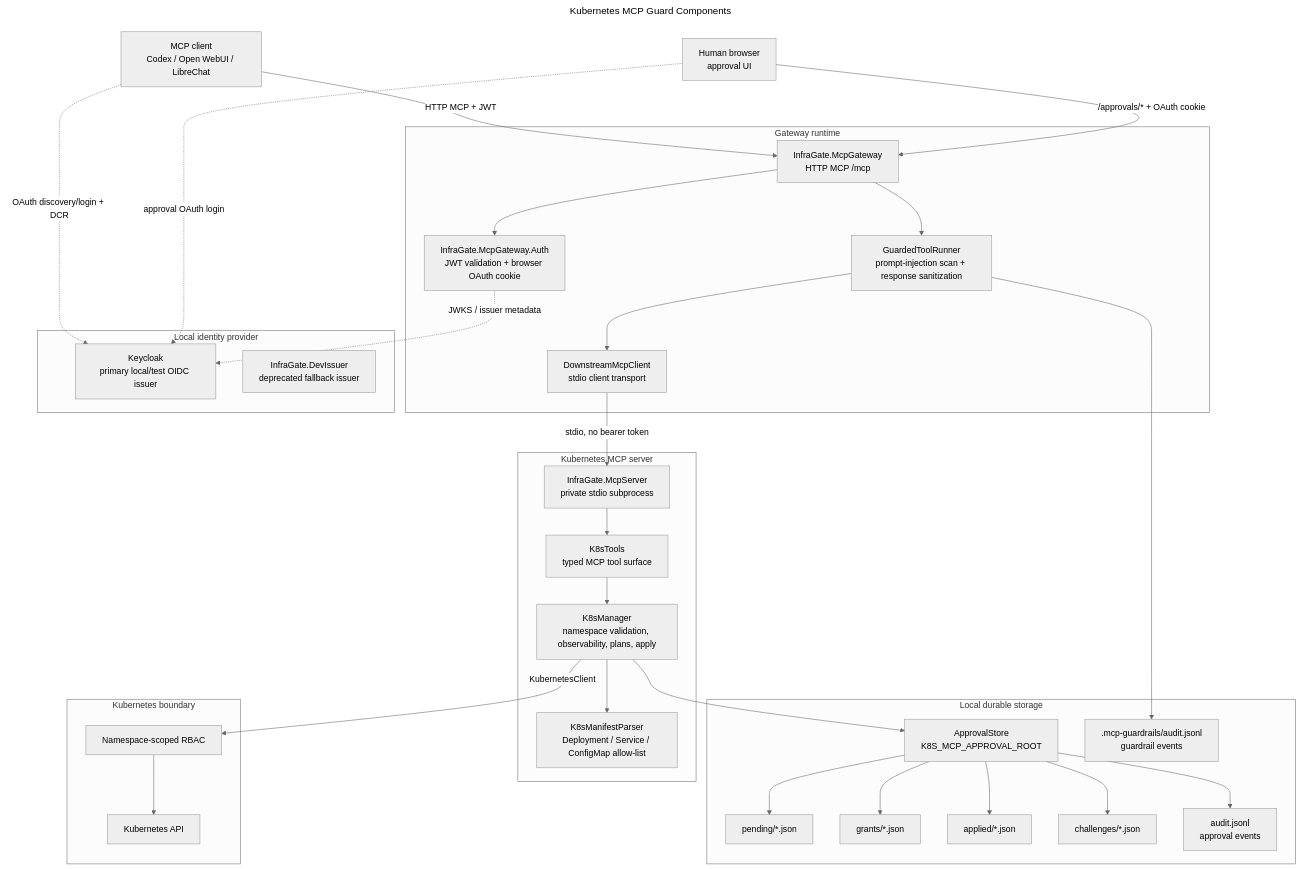
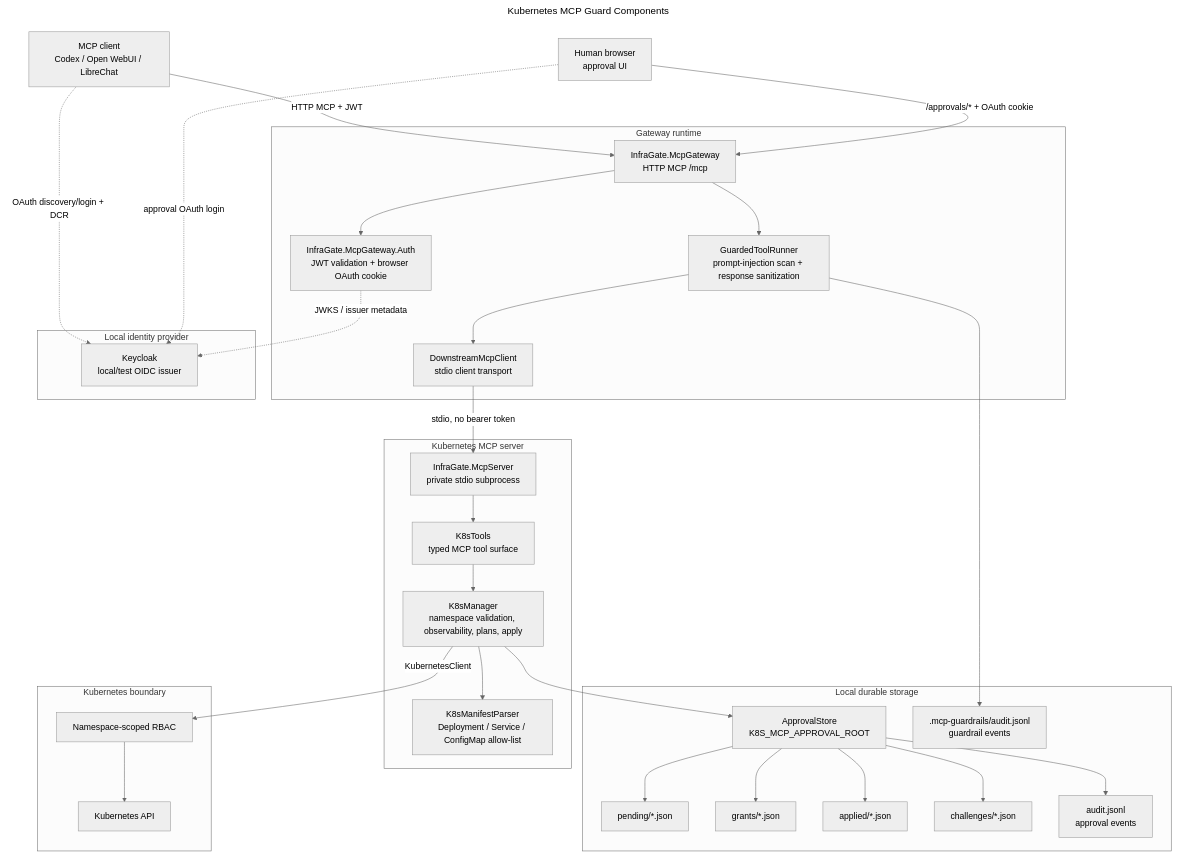
Before and after one commit to mirusser/Kubernetes-MCP-Guard: the first of 7 diagrams in docs/architecture.md, drawn with Mermaid (neutral theme). The commit also changed other lines of this file and 59 other files, not shown here.

Commit message:
refactor: removed DevIssuer

````diff
--- a/docs/architecture.md
+++ b/docs/architecture.md
@@ -12,63 +12,62 @@
 ```mermaid
 ---
 title: Kubernetes MCP Guard Components
 ---
 flowchart TB
     Client["MCP client<br/>Codex / Open WebUI / LibreChat"]
     Browser["Human browser<br/>approval UI"]
 
     subgraph GatewayRuntime["Gateway runtime"]
         Gateway["InfraGate.McpGateway<br/>HTTP MCP /mcp"]
         Auth["InfraGate.McpGateway.Auth<br/>JWT validation + browser OAuth cookie"]
         Guardrails["GuardedToolRunner<br/>prompt-injection scan + response sanitization"]
         Downstream["DownstreamMcpClient<br/>stdio client transport"]
         Gateway --> Auth
         Gateway --> Guardrails
         Guardrails --> Downstream
     end
 
     subgraph DevAuth["Local identity provider"]
-        Keycloak["Keycloak<br/>primary local/test OIDC issuer"]
-        DevIssuer["InfraGate.DevIssuer<br/>deprecated fallback issuer"]
+        Keycloak["Keycloak<br/>local/test OIDC issuer"]
     end
 
     subgraph ServerRuntime["Kubernetes MCP server"]
         Server["InfraGate.McpServer<br/>private stdio subprocess"]
         Tools["K8sTools<br/>typed MCP tool surface"]
         Manager["K8sManager<br/>namespace validation, observability, plans, apply"]
         Parser["K8sManifestParser<br/>Deployment / Service / ConfigMap allow-list"]
         Server --> Tools --> Manager
         Manager --> Parser
     end
 
     subgraph Storage["Local durable storage"]
         ApprovalStore["ApprovalStore<br/>K8S_MCP_APPROVAL_ROOT"]
         Pending["pending/*.json"]
         Approved["grants/*.json"]
         Applied["applied/*.json"]
         Challenges["challenges/*.json"]
         ApprovalAudit["audit.jsonl<br/>approval events"]
         GuardAudit[".mcp-guardrails/audit.jsonl<br/>guardrail events"]
         ApprovalStore --> Pending
         ApprovalStore --> Approved
         ApprovalStore --> Applied
         ApprovalStore --> Challenges
         ApprovalStore --> ApprovalAudit
     end
 
     subgraph Kubernetes["Kubernetes boundary"]
         RBAC["Namespace-scoped RBAC"]
         Api["Kubernetes API"]
         RBAC --> Api
     end
 
     Client -->|"HTTP MCP + JWT"| Gateway
     Browser -->|"/approvals/* + OAuth cookie"| Gateway
     Client -. "OAuth discovery/login + DCR" .-> Keycloak
     Browser -. "approval OAuth login" .-> Keycloak
     Auth -. "JWKS / issuer metadata" .-> Keycloak
     Downstream -->|"stdio, no bearer token"| Server
     Guardrails --> GuardAudit
     Manager --> ApprovalStore
     Manager -->|"KubernetesClient"| RBAC
 ```
````
